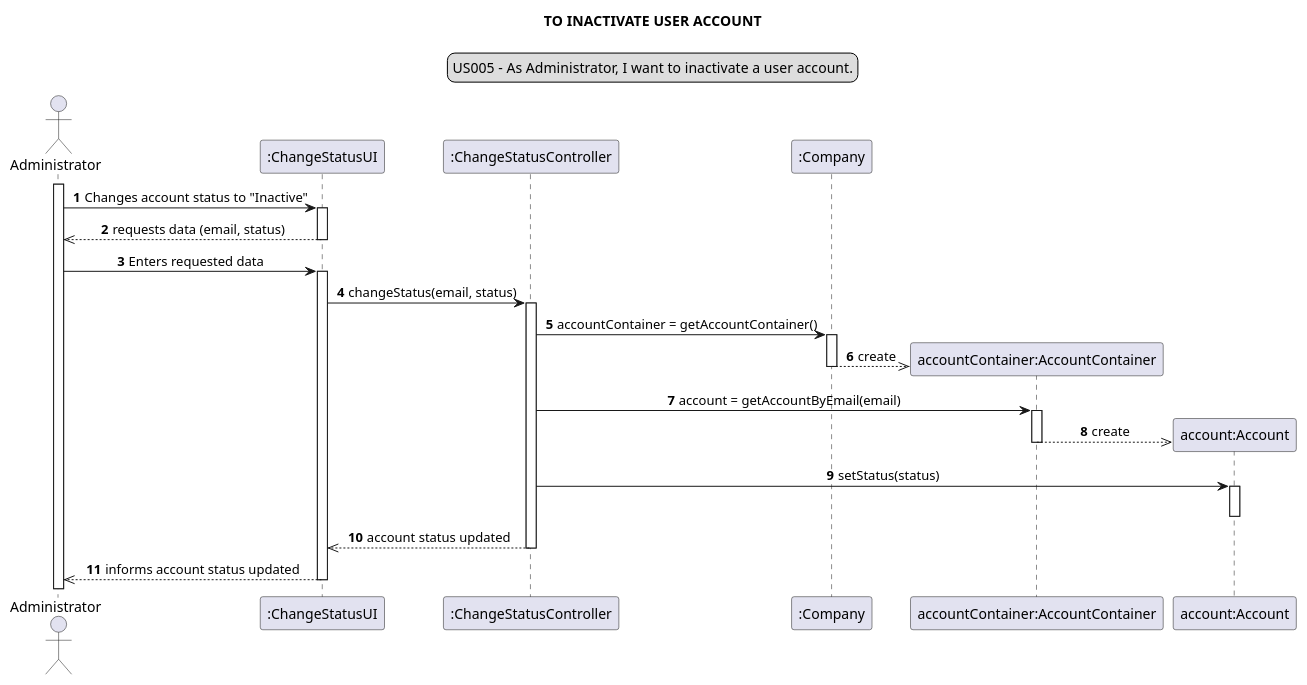
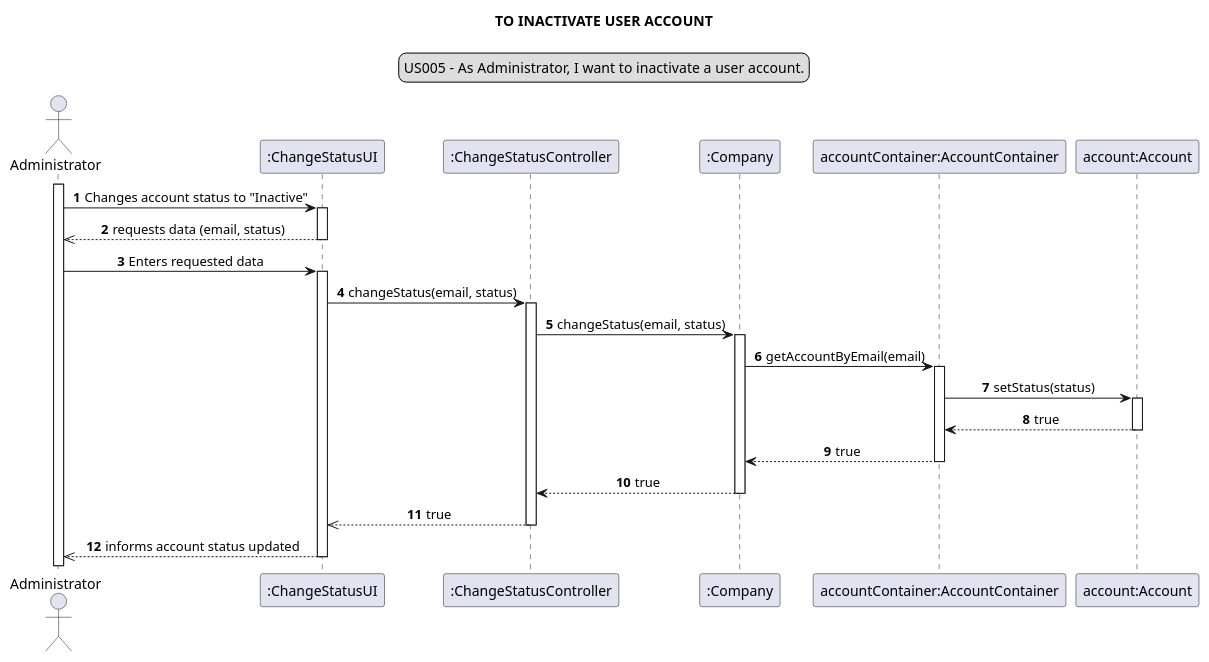
Before and after one commit to Loracline/project_switch_22-23: the diagram in docs/modelling_design/user_stories/us005/US005_sequenceDiagram.puml, drawn with PlantUML. The commit also changed 3 other files, not shown here.

Commit message:
US 005,006 : Design : Refinement of sequence diagram and class diagram

```diff
--- a/docs/modelling_design/user_stories/us005/US005_sequenceDiagram.puml
+++ b/docs/modelling_design/user_stories/us005/US005_sequenceDiagram.puml
@@ -1,42 +1,41 @@
 @startuml
 legend top
 US005 - As Administrator, I want to inactivate a user account.
 end legend
 skinparam sequenceMessageAlign center
 title TO INACTIVATE USER ACCOUNT
 autonumber
 actor "Administrator" as admin
 participant ":ChangeStatusUI" as ui
 participant ":ChangeStatusController" as controller
 participant ":Company" as company
 participant "accountContainer:AccountContainer" as container
 participant "account:Account" as account
 
 activate admin
 admin -> ui : Changes account status to "Inactive"
 activate ui
 ui -->> admin: requests data (email, status)
 deactivate ui
 admin -> ui: Enters requested data
 activate ui
 ui -> controller: changeStatus(email, status)
 activate controller
-controller -> company: accountContainer = getAccountContainer()
+controller -> company: changeStatus(email, status)
 activate company
-create container
-company -->> container: create
+company -> container: getAccountByEmail(email)
+activate container
+container -> account: setStatus(status)
+activate account
+container <-- account: true
+deactivate account
+container --> company: true
+deactivate container
+company --> controller: true
 deactivate company
-controller -> container: account = getAccountByEmail(email)
-activate container
-create account
-container -->> account: create
-deactivate container
-controller -> account: setStatus(status)
-activate account
-deactivate account
-controller -->> ui: account status updated
+controller -->> ui: true
 deactivate controller
 ui -->> admin: informs account status updated
 deactivate ui
 
 @enduml
```
